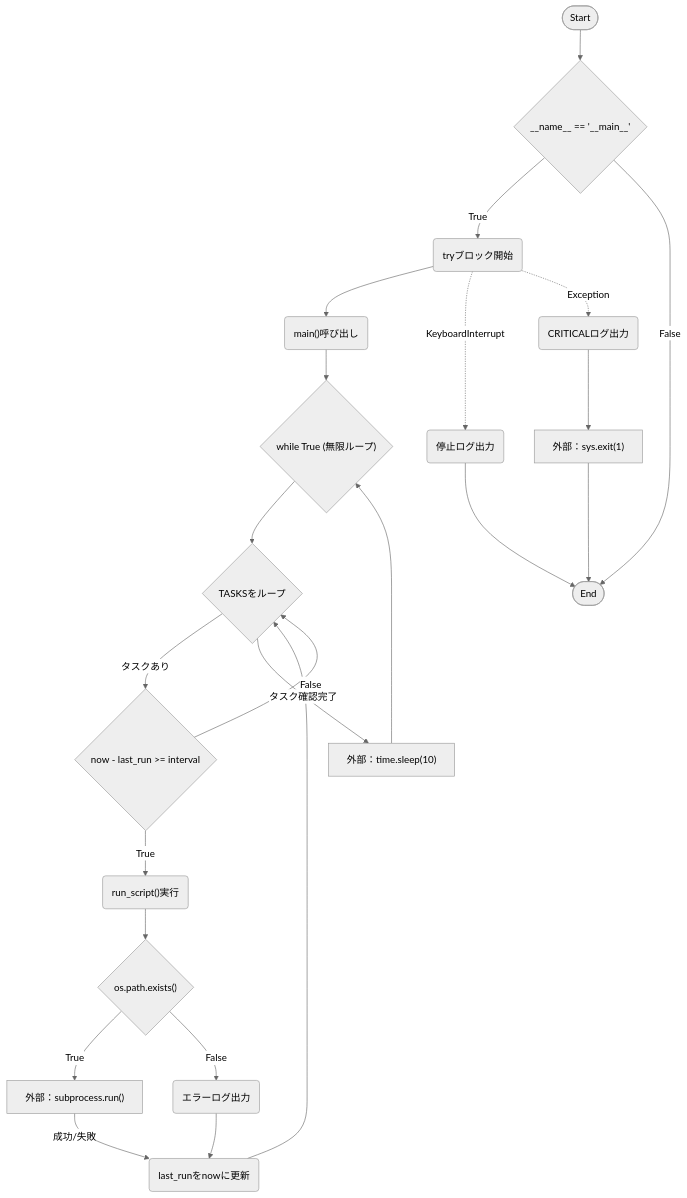
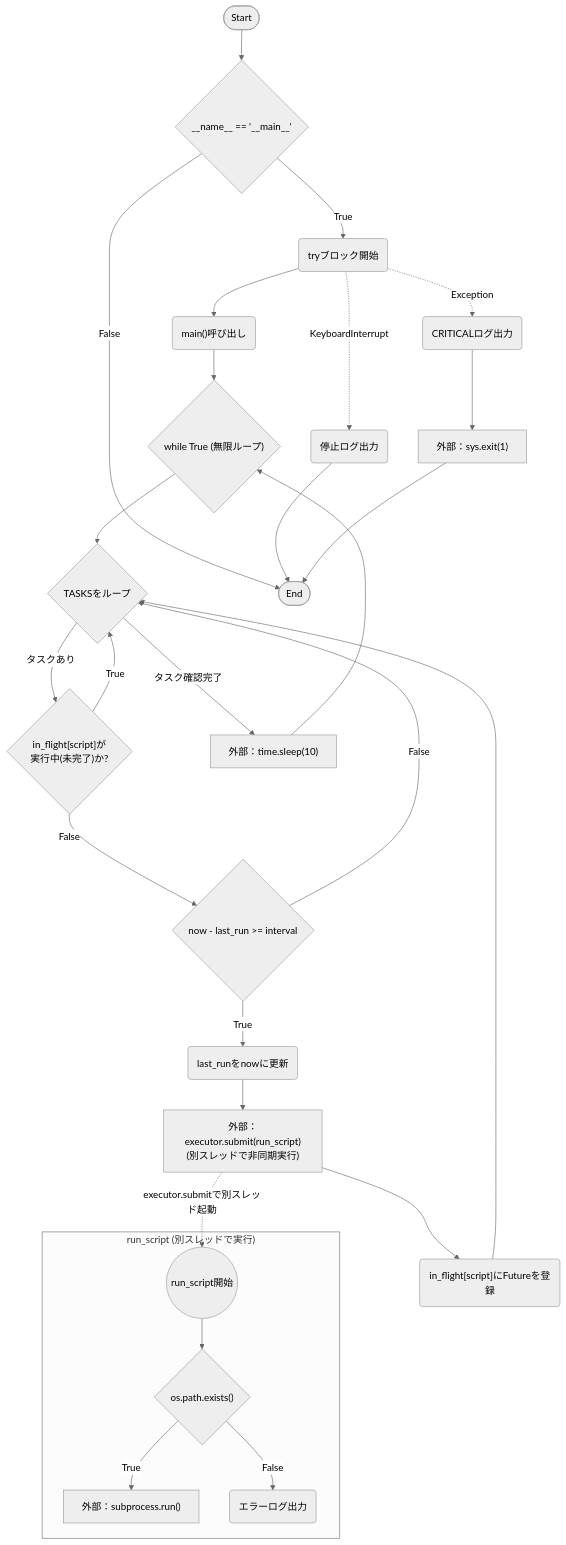
Before and after one commit to mmtigers/my_python_project: the first of 2 diagrams in docs/specifications/MY_HOME_SYSTEM/scheduler_boot.md, drawn with Mermaid (neutral theme). The commit also changed other lines of this file and 8 other files, not shown here.

````diff
--- a/docs/specifications/MY_HOME_SYSTEM/scheduler_boot.md
+++ b/docs/specifications/MY_HOME_SYSTEM/scheduler_boot.md
@@ -139,33 +141,39 @@
 ```mermaid
 flowchart TD
     Start([Start]) --> MainBlock{"__name__ == '__main__'"}
     MainBlock -- True --> TryBlock(tryブロック開始)
     TryBlock --> InitMain("main()呼び出し")
     InitMain --> LoopStart{"while True (無限ループ)"}
     
     LoopStart --> IterateTasks{"TASKSをループ"}
     
-    IterateTasks -- "タスクあり" --> CheckTime{"now - last_run >= interval"}
-    CheckTime -- True --> RunScript("run_script()実行")
-    RunScript --> CheckExist{"os.path.exists()"}
-    CheckExist -- True --> Subprocess["外部：subprocess.run()"]
-    Subprocess -- 成功/失敗 --> UpdateLastRun("last_runをnowに更新")
-    CheckExist -- False --> LogError("エラーログ出力")
-    LogError --> UpdateLastRun
-    
+    IterateTasks -- "タスクあり" --> CheckRunning{"in_flight[script]が<br>実行中(未完了)か?"}
+    CheckRunning -- True --> IterateTasks
+    CheckRunning -- False --> CheckTime{"now - last_run >= interval"}
+    CheckTime -- True --> UpdateLastRun("last_runをnowに更新")
+    UpdateLastRun --> SubmitTask["外部：executor.submit(run_script)<br>(別スレッドで非同期実行)"]
+    SubmitTask --> RegisterFuture("in_flight[script]にFutureを登録")
+    RegisterFuture --> IterateTasks
     CheckTime -- False --> IterateTasks
-    UpdateLastRun --> IterateTasks
     
     IterateTasks -- "タスク確認完了" --> Sleep["外部：time.sleep(10)"]
     Sleep --> LoopStart
+
+    subgraph "run_script (別スレッドで実行)"
+        RSStart(("run_script開始")) --> CheckExist{"os.path.exists()"}
+        CheckExist -- True --> Subprocess["外部：subprocess.run()"]
+        CheckExist -- False --> LogError("エラーログ出力")
+    end
+
+    SubmitTask -.->|"executor.submitで別スレッド起動"| RSStart
     
     MainBlock -- False --> End([End])
     
     TryBlock -. "KeyboardInterrupt" .-> CatchKB("停止ログ出力")
     CatchKB --> End
     
     TryBlock -. "Exception" .-> CatchExc("CRITICALログ出力")
     CatchExc --> SysExit["外部：sys.exit(1)"]
     SysExit --> End
 
 ```
````
